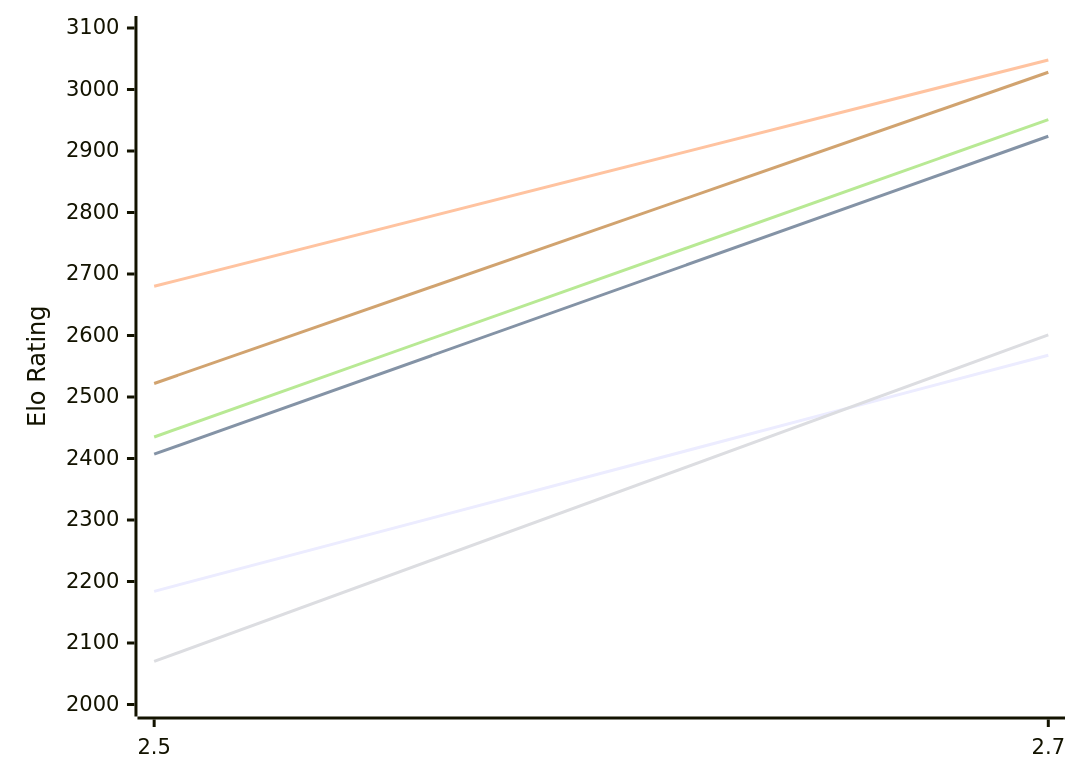
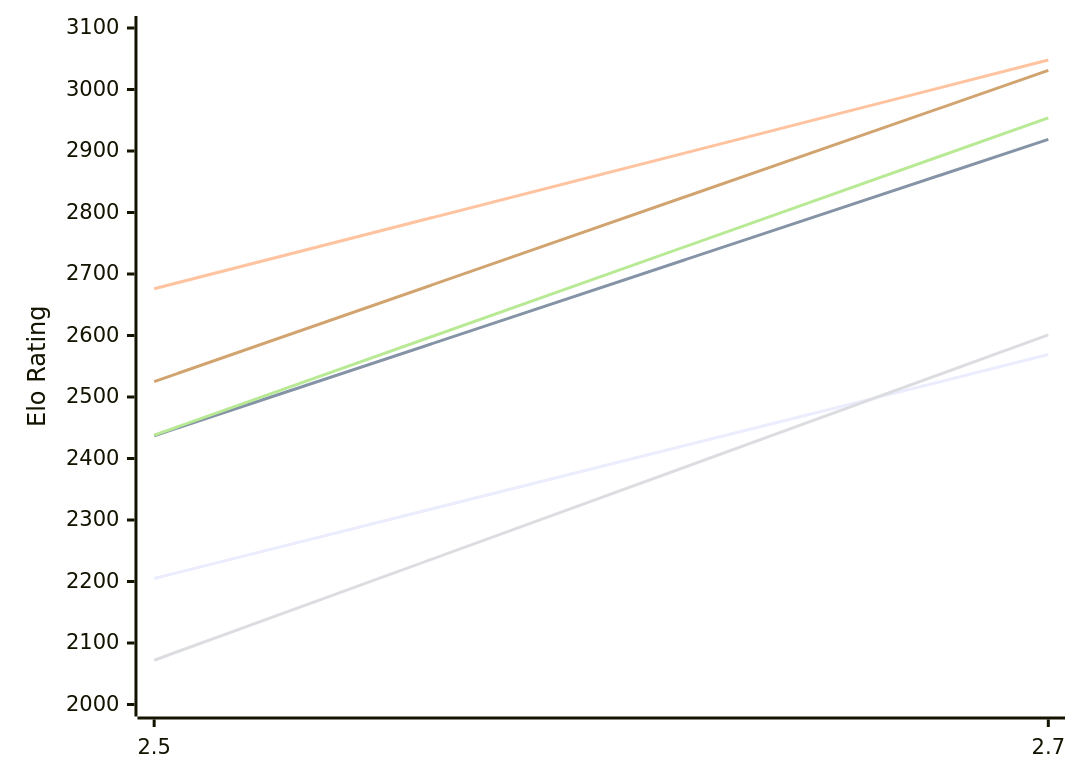
The first of 2 diagrams in engines/Zevra.md (computer-chess-index/cci), drawn with Mermaid before and after one commit. The commit also changed other lines of this file, not shown here.

Commit message:
Update CCI Ratings (ELO VLTC) - 2026-11-24

````diff
--- a/engines/Zevra.md
+++ b/engines/Zevra.md
@@ -50,12 +50,12 @@
 ```mermaid
 %%{init: {"theme":"base","themeVariables":{"seriesColors:['#a3a3a3','#222221','#faa371']}}}%%
 xychart-beta
   x-axis ["2.5", "2.7"]
   y-axis "Elo Rating" 2000 --> 3100
-  line "E1: STC (8.0+0.08s)" [2184, 2568]
-  line "E1: LTC (60.0+0.60s)" [2407, 2924]
-  line "E1: VLTC (2m24s+1.12s)" [2680, 3048]
-  line "P1: STC (8.0+0.08s)" [2070, 2601]
-  line "P1: LTC (60.0+0.60s)" [2435, 2951]
-  line "P1: VLTC (2m24s+1.12s)" [2522, 3028]
+  line "E1: STC (8.0+0.08s)" [2205, 2569]
+  line "E1: LTC (60.0+0.60s)" [2437, 2919]
+  line "E1: VLTC (2m24s+1.12s)" [2676, 3048]
+  line "P1: STC (8.0+0.08s)" [2072, 2601]
+  line "P1: LTC (60.0+0.60s)" [2438, 2954]
+  line "P1: VLTC (2m24s+1.12s)" [2525, 3031]
 ```
````
